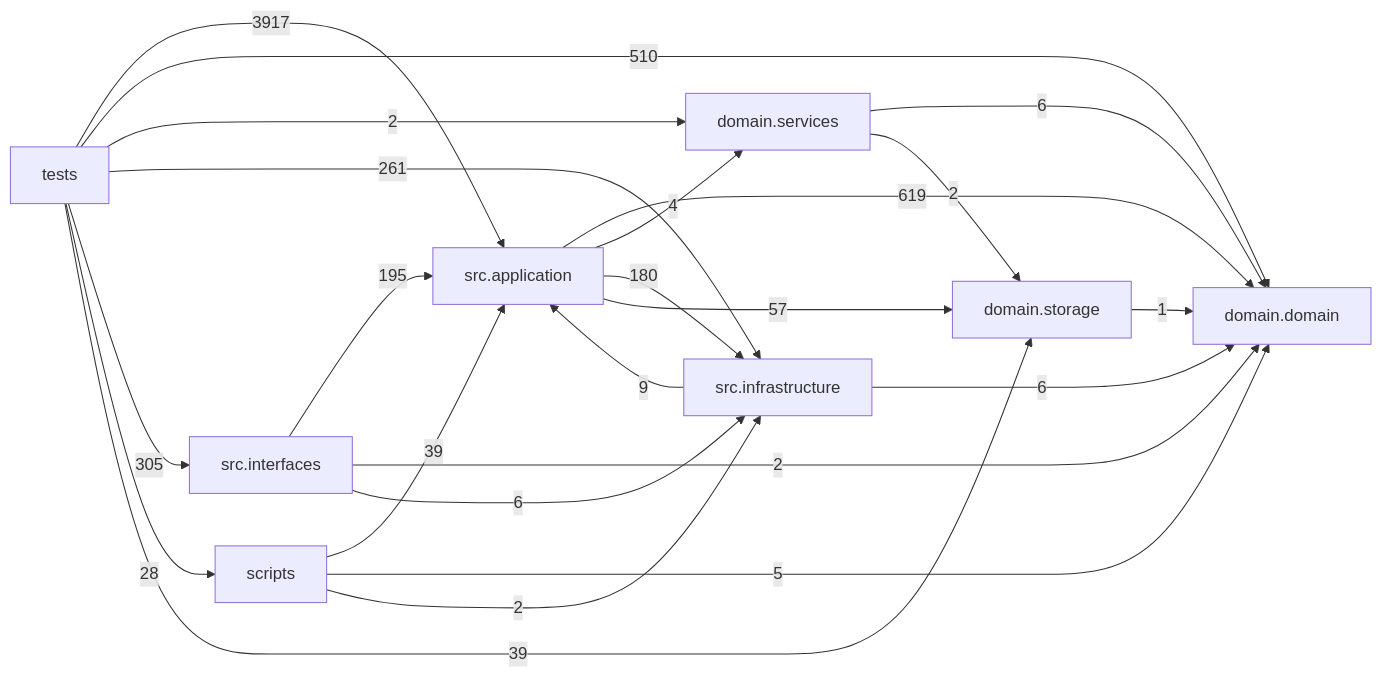
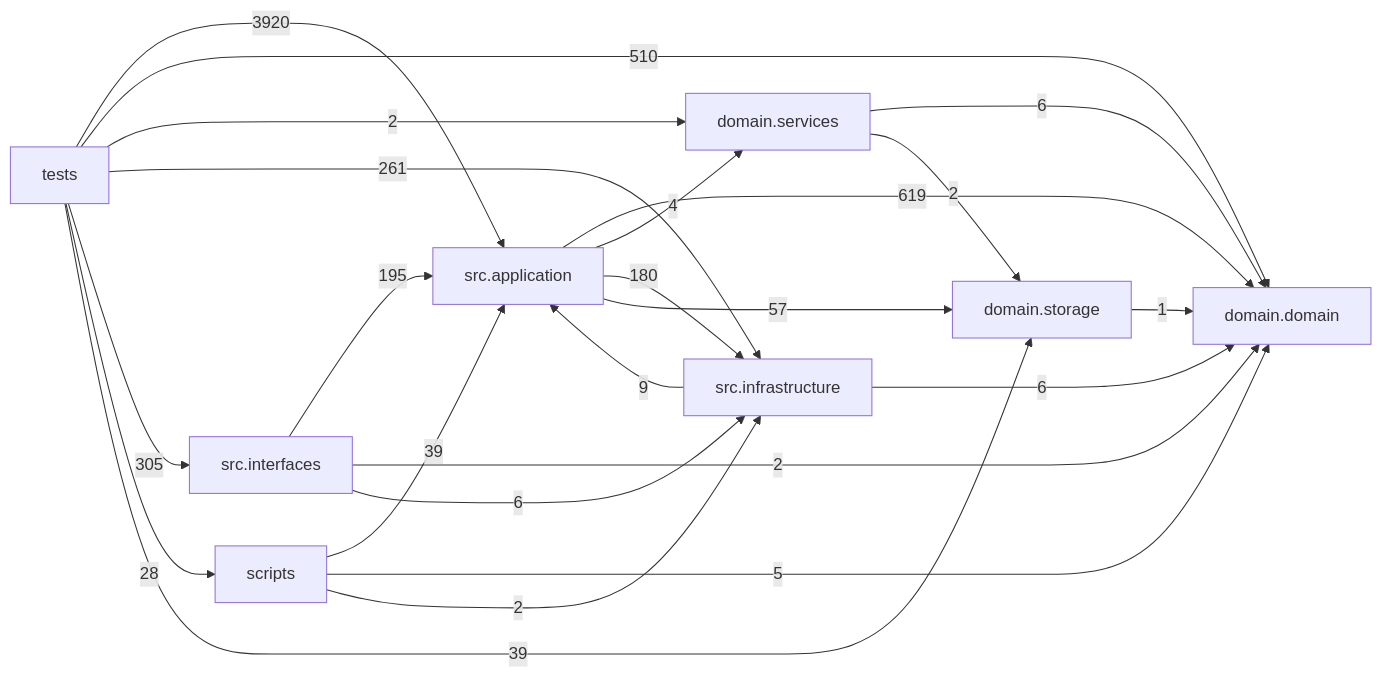
The diagram in docs/DEPENDENCY_GRAPH.md (liuxie066/options-monitor), drawn with Mermaid before and after one commit. The commit also changed other lines of this file and 4 other files, not shown here.

````diff
--- a/docs/DEPENDENCY_GRAPH.md
+++ b/docs/DEPENDENCY_GRAPH.md
@@ -24,33 +24,33 @@
 ```mermaid
 flowchart LR
   tests["tests"]
   scripts["scripts"]
   interfaces["src.interfaces"]
   application["src.application"]
   infrastructure["src.infrastructure"]
   domain_services["domain.services"]
   domain["domain.domain"]
   storage["domain.storage"]
   application -->|619| domain
   application -->|4| domain_services
   application -->|180| infrastructure
   application -->|57| storage
   domain_services -->|6| domain
   domain_services -->|2| storage
   infrastructure -->|9| application
   infrastructure -->|6| domain
   interfaces -->|195| application
   interfaces -->|2| domain
   interfaces -->|6| infrastructure
   scripts -->|39| application
   scripts -->|5| domain
   scripts -->|2| infrastructure
   storage -->|1| domain
-  tests -->|3917| application
+  tests -->|3920| application
   tests -->|510| domain
   tests -->|2| domain_services
   tests -->|261| infrastructure
   tests -->|305| interfaces
   tests -->|28| scripts
   tests -->|39| storage
 ```
````
